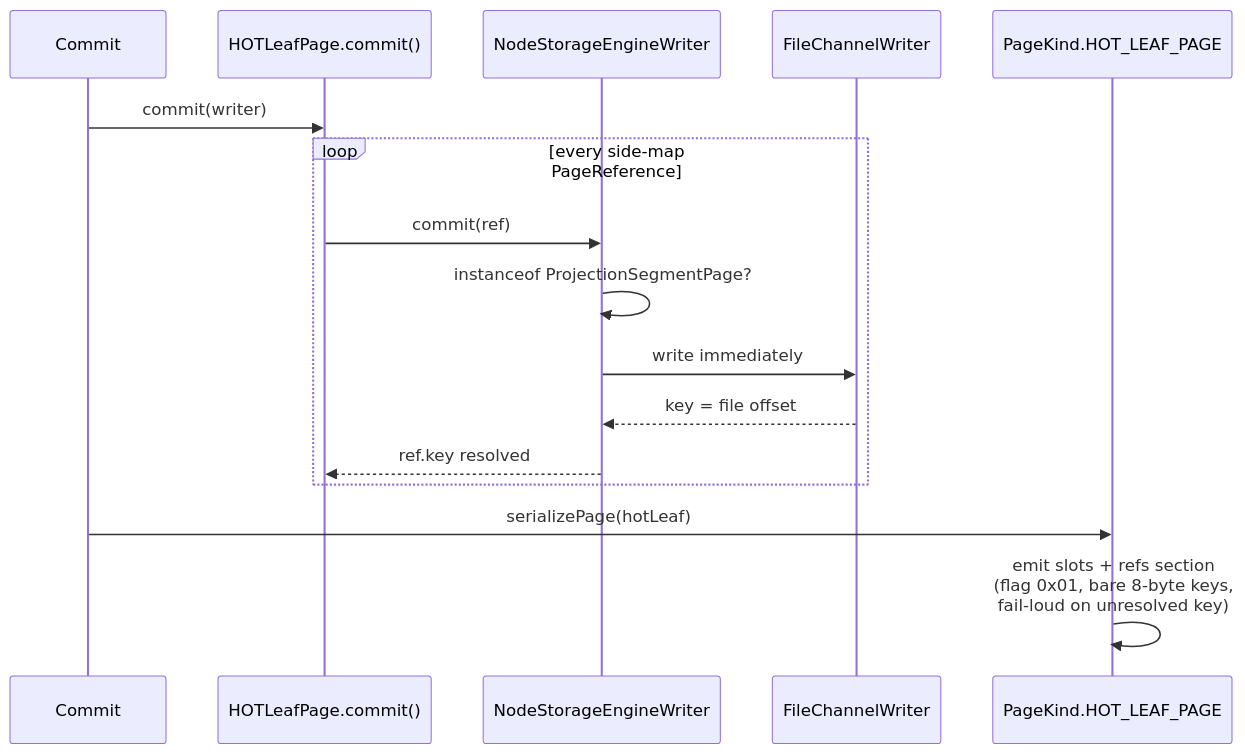
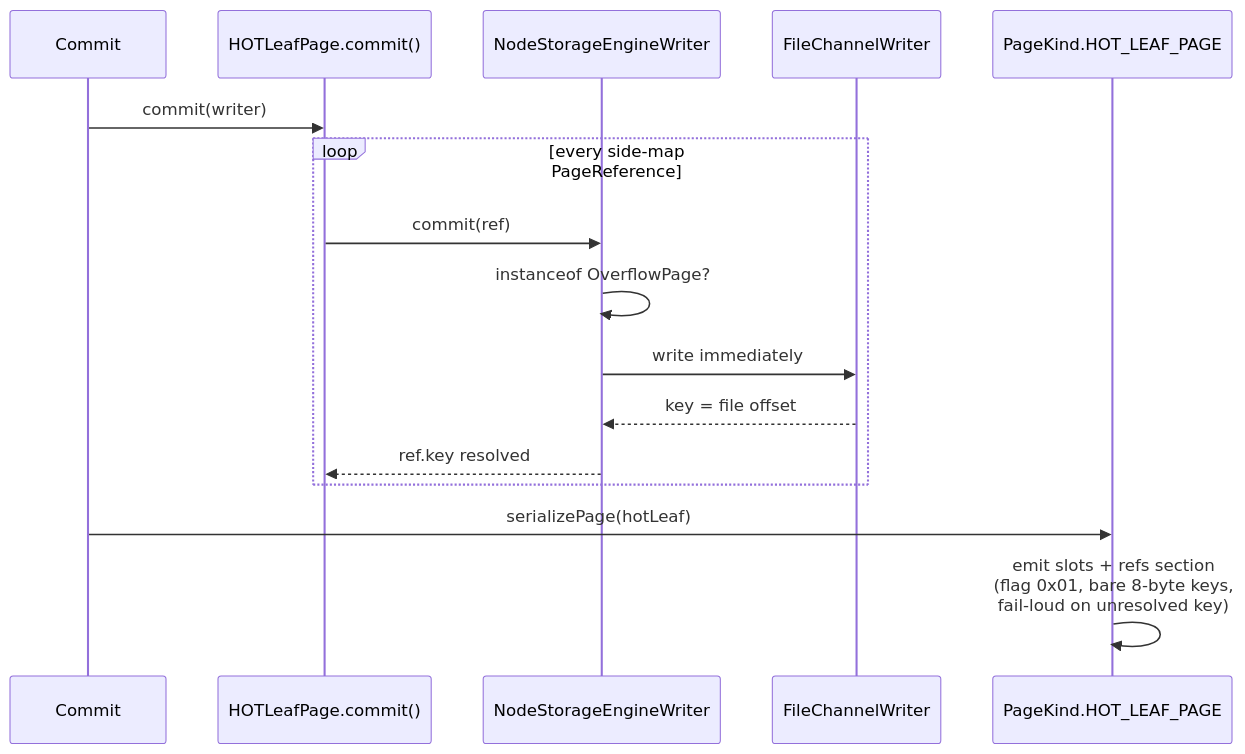
One commit to sirixdb/sirix changed the sixth of 16 diagrams in docs/PROJECTION_INDEX_DEEP_DIVE.md. Above: the diagram before and after it, drawn with Mermaid. The commit also changed other lines of this file, not shown here.

First line of the commit message:
docs(projection): rewrite §8.4 for the landed inline/reference hybrid (#1138)

````diff
--- a/docs/PROJECTION_INDEX_DEEP_DIVE.md
+++ b/docs/PROJECTION_INDEX_DEEP_DIVE.md
@@ -554,19 +577,19 @@
 ```mermaid
 sequenceDiagram
     participant TX as Commit
     participant HL as HOTLeafPage.commit()
     participant W as NodeStorageEngineWriter
     participant F as FileChannelWriter
     participant PK as PageKind.HOT_LEAF_PAGE
 
     TX->>HL: commit(writer)
     loop every side-map PageReference
         HL->>W: commit(ref)
-        W->>W: instanceof ProjectionSegmentPage?
+        W->>W: instanceof OverflowPage?
         W->>F: write immediately
         F-->>W: key = file offset
         W-->>HL: ref.key resolved
     end
     TX->>PK: serializePage(hotLeaf)
     PK->>PK: emit slots + refs section<br/>(flag 0x01, bare 8-byte keys,<br/>fail-loud on unresolved key)
 ```
````
